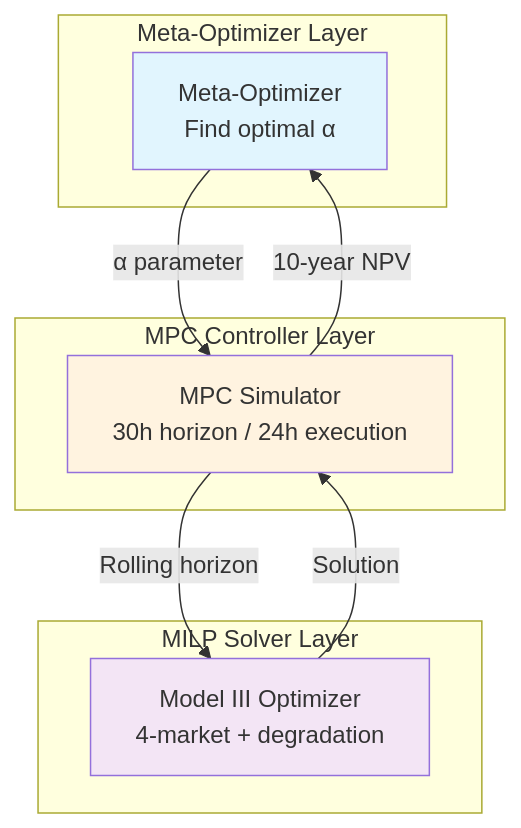
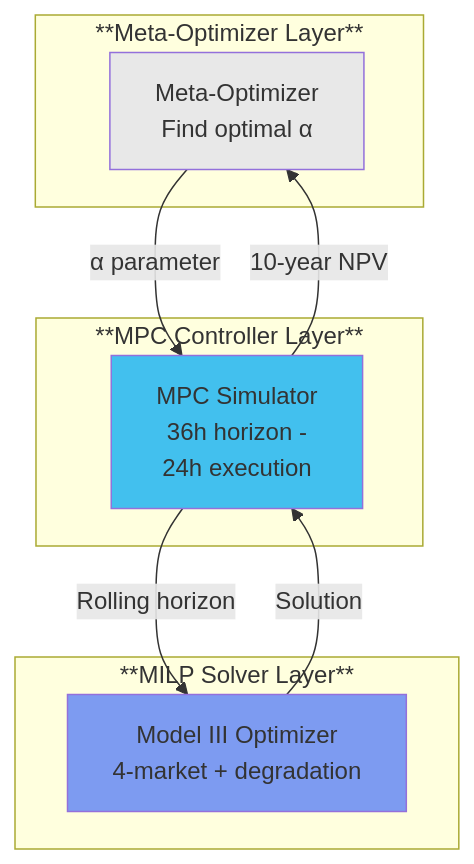
The diagram in doc/pre_slides/presentation_slidev.md (GenLI3202/TechArena2025_EMS), drawn with Mermaid before and after one commit. The commit also changed other lines of this file and 29 other files, not shown here.

````diff
--- a/doc/pre_slides/presentation_slidev.md
+++ b/doc/pre_slides/presentation_slidev.md
@@ -243,23 +242,24 @@
 ```mermaid
 graph TB
-    subgraph "Meta-Optimizer Layer"
+    subgraph "**Meta-Optimizer Layer**"
         MO[Meta-Optimizer<br/>Find optimal α]
     end
 
-    subgraph "MPC Controller Layer"
-        MPC[MPC Simulator<br/>30h horizon / 24h execution]
+    subgraph "**MPC Controller Layer**"
+        MPC[MPC Simulator<br/>36h horizon - 
+        24h execution]
     end
 
-    subgraph "MILP Solver Layer"
+    subgraph "**MILP Solver Layer**"
         MILP[Model III Optimizer<br/>4-market + degradation]
     end
 
-    MO -->|α parameter| MPC
-    MPC -->|Rolling horizon| MILP
-    MILP -->|Solution| MPC
+    MO --> | α parameter| MPC
+    MPC --> | Rolling horizon| MILP
+    MILP --> | Solution| MPC
     MPC -->|10-year NPV| MO
 
-    style MO fill:#e1f5fe
-    style MPC fill:#fff3e0
-    style MILP fill:#f3e5f5
+    style MO fill:#e8e8e8
+    style MPC fill:#00abf4bd
+    style MILP fill:#2256ff96
 ```
````
